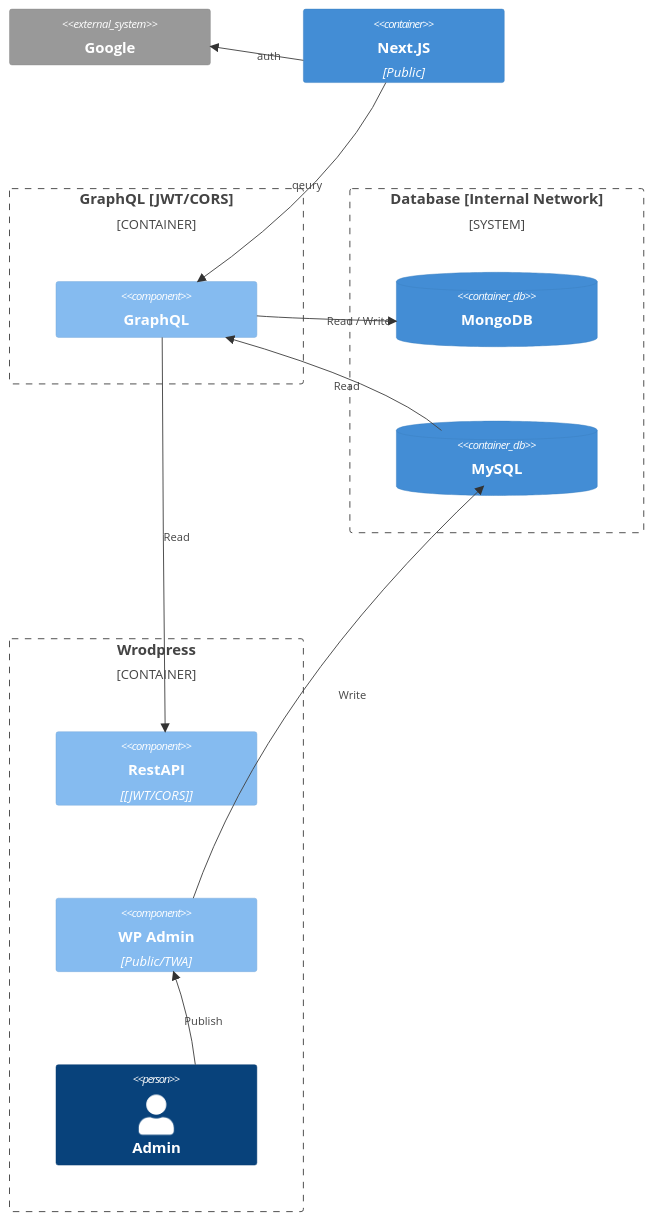
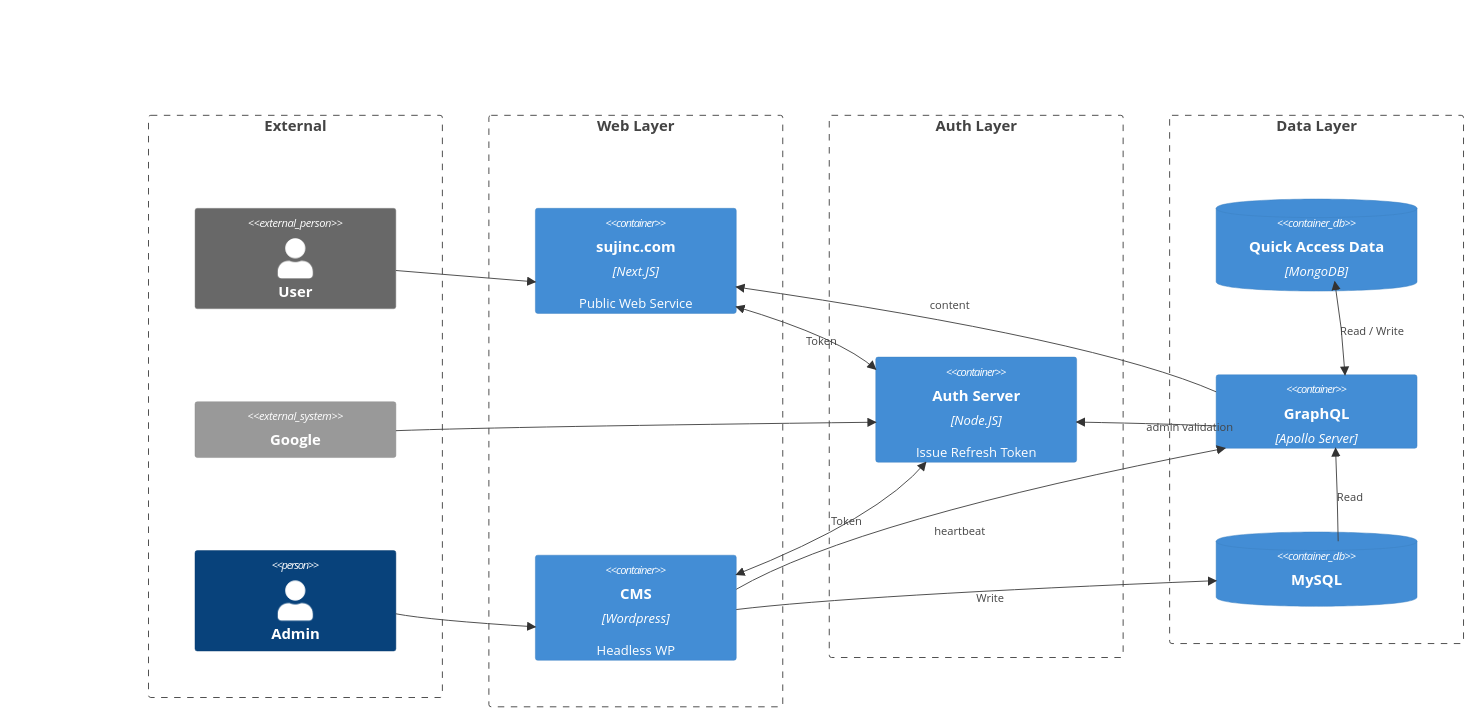
The first of 2 diagrams in README.md (sujin2f/Sujin), drawn with Mermaid before and after one commit.

Commit message:
Revise C4 model in README for clarity
Updated C4 model to include new boundaries and relationships.

````diff
--- a/README.md
+++ b/README.md
@@ -12,29 +12,51 @@
 ```mermaid
 C4Context
-    System_Ext(google, "Google")
-    Container(next, "Next.JS", "Public")
-    Rel(next, google, "auth")
-
-    Container_Boundary(gql, "GraphQL [JWT/CORS]") {
-        Component(graph, "GraphQL")
+    Boundary(test2, "External", "") {
+        Person_Ext(user, "User")
+        System_Ext(google, "Google")
+        Person(admin, "Admin")
     }
 
-    System_Boundary(db, "Database [Internal Network]") {
-        ContainerDb(mongo, "MongoDB")
-        ContainerDb(mysql, "MySQL")
+    Boundary(web, "Web Layer", "") {
+        Container(next, "sujinc.com", "Next.JS", "Public Web Service")
+        Rel(user, next, "")
+
+        Container(gap1, "")
+        UpdateElementStyle(gap1, $fontColor="transparent", $bgColor="transparent", $borderColor="transparent")
+
+        Container(wp, "CMS", "Wordpress", "Headless WP")
+        Rel(admin, wp, "")
+    }
+
+    Boundary(auth, "Auth Layer", "") {
+        Container(gap2, "")
+        UpdateElementStyle(gap2, $fontColor="transparent", $bgColor="transparent", $borderColor="transparent")
+
+        Container(auth, "Auth Server", "Node.JS", "Issue Refresh Token")
+        Rel(google, auth, "")
+        BiRel(auth, next, "Token")
+        BiRel(auth, wp, "Token")
+
+        Container(gap3, "")
+        UpdateElementStyle(gap3, $fontColor="transparent", $bgColor="transparent", $borderColor="transparent")
     }
 
 
-    Container_Boundary(wordpress, "Wrodpress") {
-        Component(rest, "RestAPI", "[JWT/CORS]")
-        Component(admin, "WP Admin", "Public/TWA")
-        Person(adminUser, "Admin")
-        Rel(adminUser, admin, "Publish")
+    Boundary(gql_b, "Data Layer", "") {
+        ContainerDb(mongo, "Quick Access Data", "MongoDB")
+
+        Container(gql, "GraphQL", "Apollo Server", "")
+        Rel(gql, next, "content")
+        UpdateRelStyle(gql, next, $offsetY="-40", $offsetX="-50")
+        Rel(wp, gql, "heartbeat")
+        UpdateRelStyle(wp, gql, $offsetY="10", $offsetX="-50")
+        BiRel(gql, mongo, "Read / Write")
+        Rel(gql, auth, "admin validation")
+
+        ContainerDb(mysql, "MySQL")
+        Rel(mysql, gql, "Read")
+        Rel(wp, mysql, "Write")
     }
 
-    Rel(next, graph, "qeury")
-    Rel(admin, mysql, "Write")
-    Rel(mysql, graph, "Read")
-    Rel(graph, mongo, "Read / Write")
-    Rel(graph, rest, "Read")
+    UpdateLayoutConfig($c4ShapeInRow="1", $c4BoundaryInRow="4")
 ```
````
